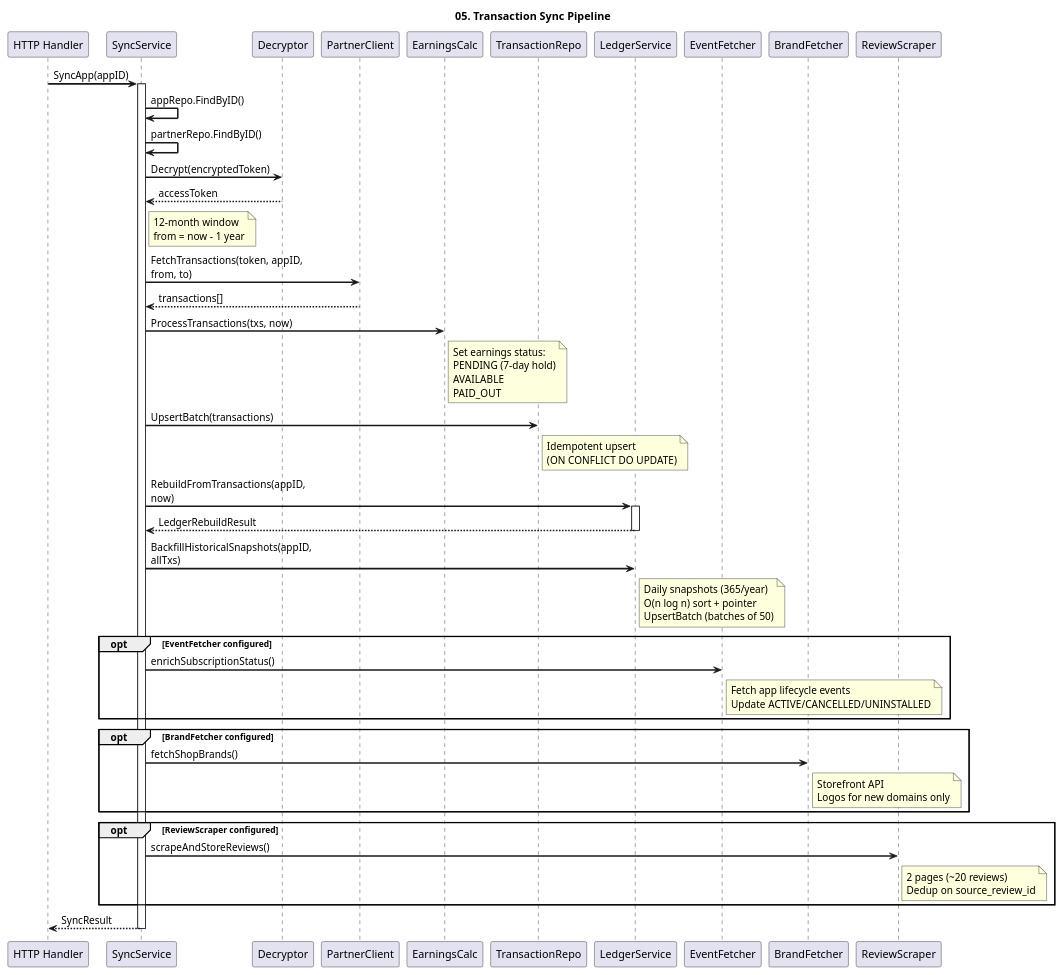
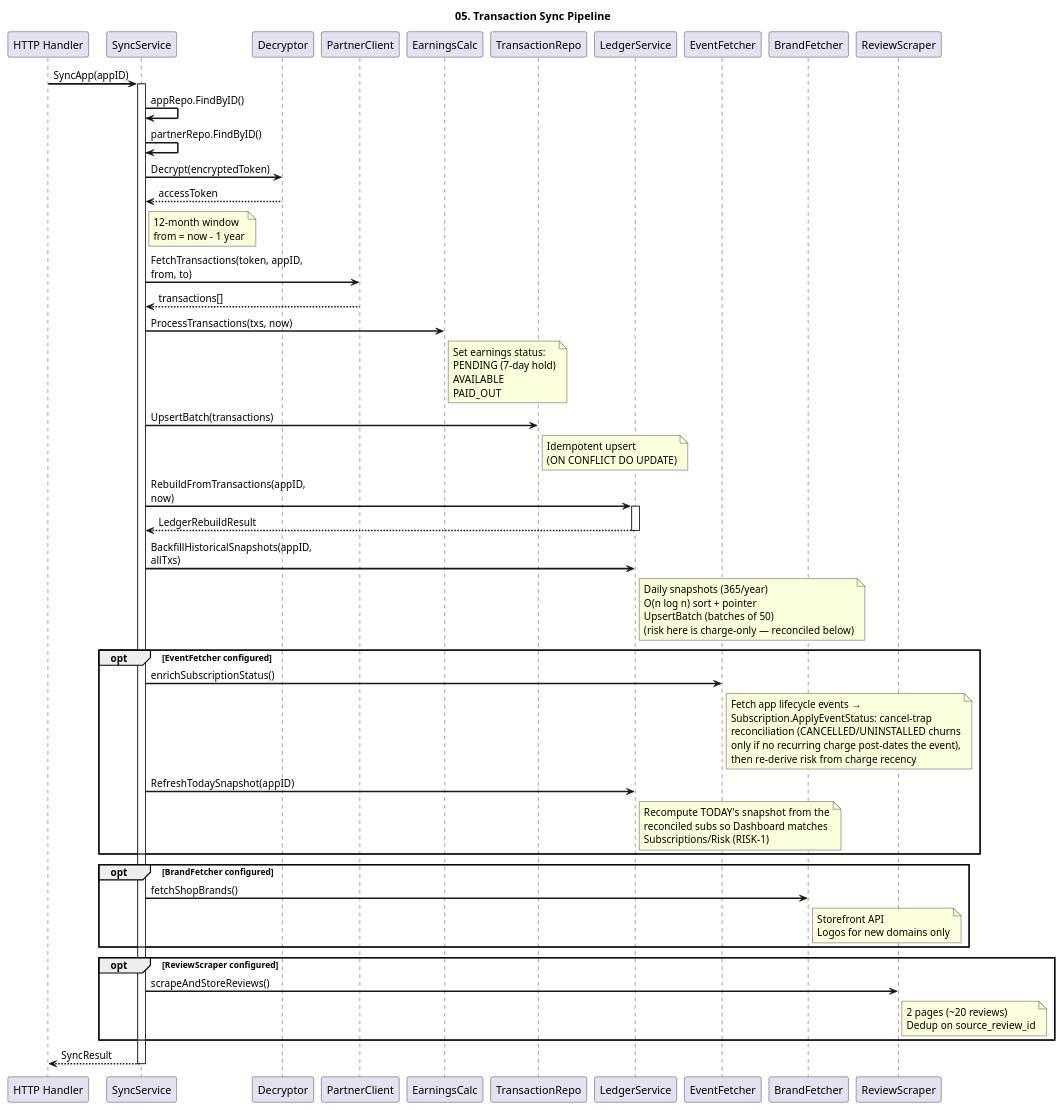
Before and after one commit to sachin-sivadasan/ledgerguard: the diagram in docs/diagrams/puml/05-sync-pipeline-sequence.puml, drawn with PlantUML. The commit also changed 11 other files, not shown here.

First line of the commit message:
fix(risk): snapshot after status reconciliation — Dashboard converges with Subs/Risk (RISK-1) (#50)

```diff
--- a/docs/diagrams/puml/05-sync-pipeline-sequence.puml
+++ b/docs/diagrams/puml/05-sync-pipeline-sequence.puml
@@ -1,63 +1,65 @@
 @startuml
 title 05. Transaction Sync Pipeline
 
 skinparam sequenceArrowThickness 2
 skinparam maxMessageSize 200
 
 participant "HTTP Handler" as Handler
 participant "SyncService" as Sync
 participant "Decryptor" as Crypto
 participant "PartnerClient" as Partner
 participant "EarningsCalc" as Earnings
 participant "TransactionRepo" as TxRepo
 participant "LedgerService" as Ledger
 participant "EventFetcher" as Events
 participant "BrandFetcher" as Brand
 participant "ReviewScraper" as Reviews
 
 Handler -> Sync: SyncApp(appID)
 activate Sync
 
 Sync -> Sync: appRepo.FindByID()
 Sync -> Sync: partnerRepo.FindByID()
 Sync -> Crypto: Decrypt(encryptedToken)
 Crypto --> Sync: accessToken
 
 note right of Sync: 12-month window\nfrom = now - 1 year
 
 Sync -> Partner: FetchTransactions(token, appID, from, to)
 Partner --> Sync: transactions[]
 
 Sync -> Earnings: ProcessTransactions(txs, now)
 note right of Earnings: Set earnings status:\nPENDING (7-day hold)\nAVAILABLE\nPAID_OUT
 
 Sync -> TxRepo: UpsertBatch(transactions)
 note right of TxRepo: Idempotent upsert\n(ON CONFLICT DO UPDATE)
 
 Sync -> Ledger: RebuildFromTransactions(appID, now)
 activate Ledger
 Ledger --> Sync: LedgerRebuildResult
 deactivate Ledger
 
 Sync -> Ledger: BackfillHistoricalSnapshots(appID, allTxs)
-note right of Ledger: Daily snapshots (365/year)\nO(n log n) sort + pointer\nUpsertBatch (batches of 50)
+note right of Ledger: Daily snapshots (365/year)\nO(n log n) sort + pointer\nUpsertBatch (batches of 50)\n(risk here is charge-only — reconciled below)
 
 opt EventFetcher configured
   Sync -> Events: enrichSubscriptionStatus()
-  note right of Events: Fetch app lifecycle events\nUpdate ACTIVE/CANCELLED/UNINSTALLED
+  note right of Events: Fetch app lifecycle events →\nSubscription.ApplyEventStatus: cancel-trap\nreconciliation (CANCELLED/UNINSTALLED churns\nonly if no recurring charge post-dates the event),\nthen re-derive risk from charge recency
+  Sync -> Ledger: RefreshTodaySnapshot(appID)
+  note right of Ledger: Recompute TODAY's snapshot from the\nreconciled subs so Dashboard matches\nSubscriptions/Risk (RISK-1)
 end
 
 opt BrandFetcher configured
   Sync -> Brand: fetchShopBrands()
   note right of Brand: Storefront API\nLogos for new domains only
 end
 
 opt ReviewScraper configured
   Sync -> Reviews: scrapeAndStoreReviews()
   note right of Reviews: 2 pages (~20 reviews)\nDedup on source_review_id
 end
 
 Sync --> Handler: SyncResult
 deactivate Sync
 
 @enduml
```
